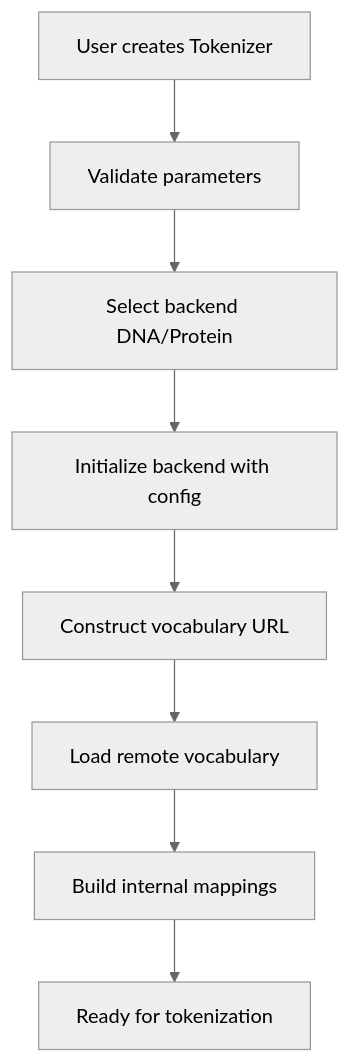
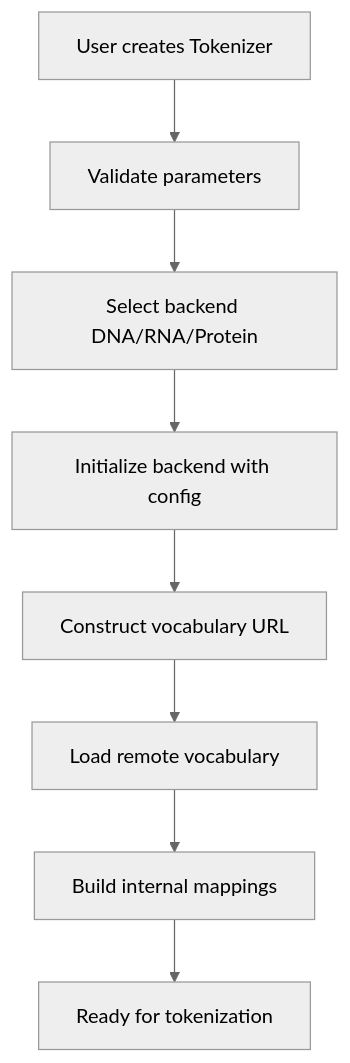
The first of 3 diagrams in docs/Technical.md (delveopers/biosiac), drawn with Mermaid (neutral theme) before and after one commit. The commit also changed other lines of this file and 6 other files, not shown here.

````diff
--- a/docs/Technical.md
+++ b/docs/Technical.md
@@ -205,10 +228,10 @@
 ```mermaid
 graph TD
     A[User creates Tokenizer] --> B[Validate parameters]
-    B --> C[Select backend DNA/Protein]
+    B --> C[Select backend DNA/RNA/Protein]
     C --> D[Initialize backend with config]
     D --> E[Construct vocabulary URL]
     E --> F[Load remote vocabulary]
     F --> G[Build internal mappings]
     G --> H[Ready for tokenization]
 ```
````
